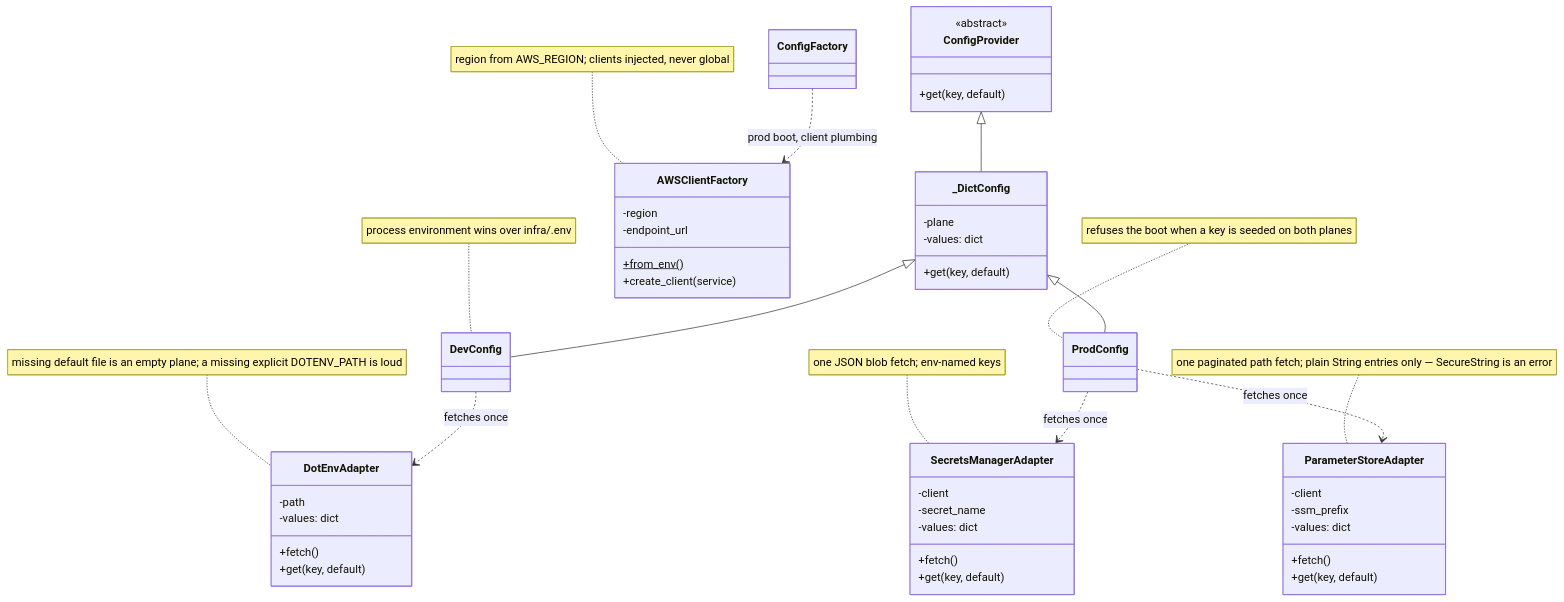
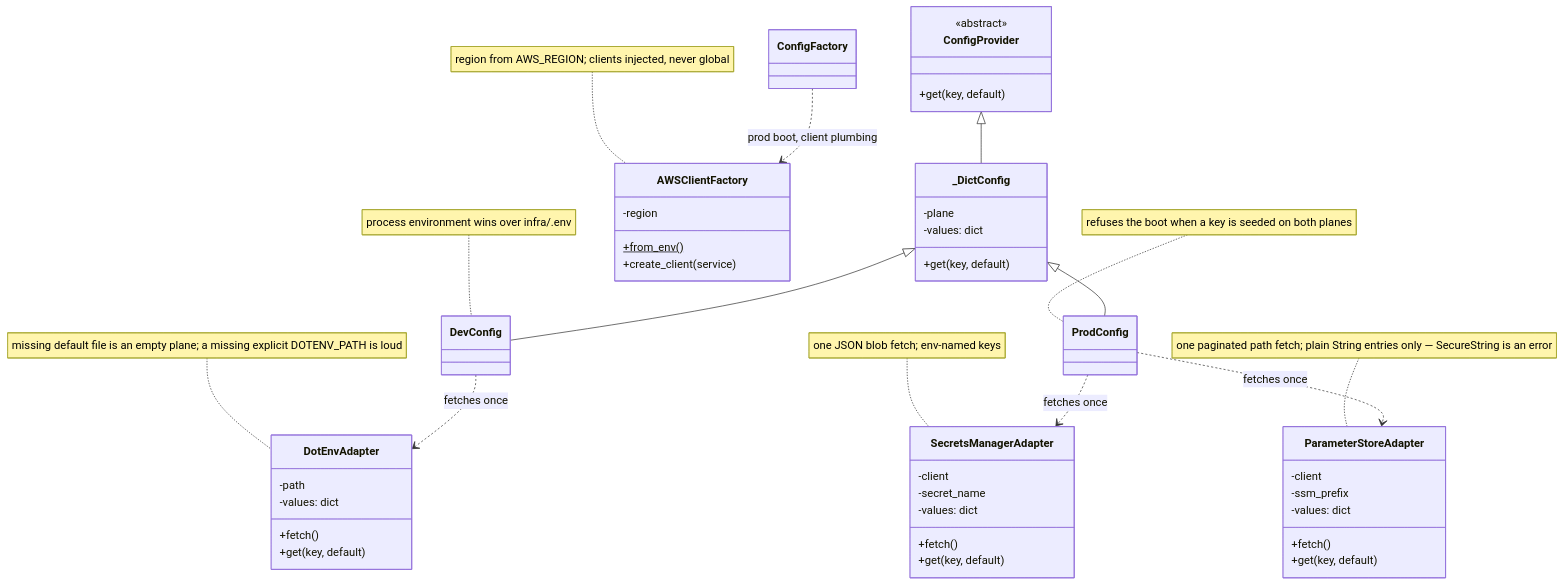
Before and after one commit to kunalPisolkar24/detectAI: the third of 5 diagrams in services/document-parser/docs/getting-started/configuration.md, drawn with Mermaid. The commit also changed other lines of this file and 8 other files, not shown here.

````diff
--- a/services/document-parser/docs/getting-started/configuration.md
+++ b/services/document-parser/docs/getting-started/configuration.md
@@ -114,53 +116,52 @@
 ```mermaid
 classDiagram
     class ConfigProvider {
         <<abstract>>
         +get(key, default)
     }
     class _DictConfig {
         -plane
         -values: dict
         +get(key, default)
     }
     class DevConfig
     class ProdConfig
     class DotEnvAdapter {
         -path
         -values: dict
         +fetch()
         +get(key, default)
     }
     class SecretsManagerAdapter {
         -client
         -secret_name
         -values: dict
         +fetch()
         +get(key, default)
     }
     class ParameterStoreAdapter {
         -client
         -ssm_prefix
         -values: dict
         +fetch()
         +get(key, default)
     }
     class AWSClientFactory {
         -region
-        -endpoint_url
         +from_env()$
         +create_client(service)
     }
     ConfigProvider <|-- _DictConfig
     _DictConfig <|-- DevConfig
     _DictConfig <|-- ProdConfig
     DevConfig ..> DotEnvAdapter : fetches once
     ProdConfig ..> SecretsManagerAdapter : fetches once
     ProdConfig ..> ParameterStoreAdapter : fetches once
     ConfigFactory ..> AWSClientFactory : prod boot, client plumbing
     note for DevConfig "process environment wins over infra/.env"
     note for ProdConfig "refuses the boot when a key is seeded on both planes"
     note for DotEnvAdapter "missing default file is an empty plane; a missing explicit DOTENV_PATH is loud"
     note for SecretsManagerAdapter "one JSON blob fetch; env-named keys"
     note for ParameterStoreAdapter "one paginated path fetch; plain String entries only — SecureString is an error"
     note for AWSClientFactory "region from AWS_REGION; clients injected, never global"
 ```
````
